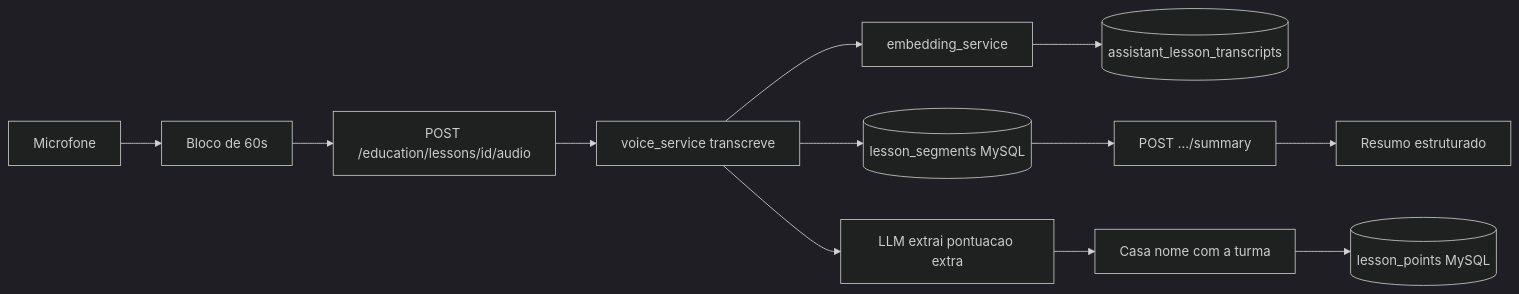
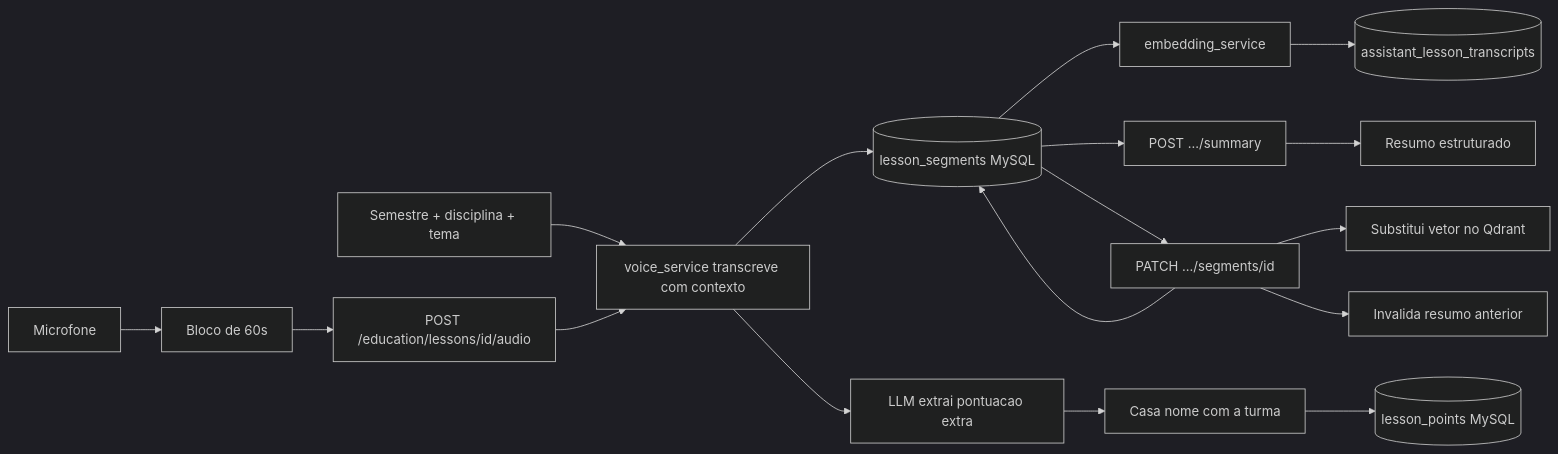
One commit to m4n1nh0/assistant_app changed the sixth of 6 diagrams in README.md. Above: the diagram before and after it, drawn with Mermaid (dark theme). The commit also changed other lines of this file, not shown here.

Commit message:
docs: atualizar funcionalidades e diagramas

````diff
--- a/README.md
+++ b/README.md
@@ -359,14 +409,19 @@
 ```mermaid
 flowchart LR
     Mic[Microfone] --> Chunk[Bloco de 60s]
     Chunk --> Upload[POST /education/lessons/id/audio]
-    Upload --> STT[voice_service transcreve]
+    Context[Semestre + disciplina + tema] --> STT
+    Upload --> STT[voice_service transcreve com contexto]
     STT --> Segment[(lesson_segments MySQL)]
-    STT --> Embed[embedding_service]
+    Segment --> Embed[embedding_service]
     Embed --> Qdrant[(assistant_lesson_transcripts)]
     STT --> Extract[LLM extrai pontuacao extra]
     Extract --> Roster[Casa nome com a turma]
     Roster --> Points[(lesson_points MySQL)]
     Segment --> Summary[POST .../summary]
     Summary --> Doc[Resumo estruturado]
+    Segment --> Edit[PATCH .../segments/id]
+    Edit --> Segment
+    Edit --> Reembed[Substitui vetor no Qdrant]
+    Edit --> Invalidate[Invalida resumo anterior]
 ```
````
